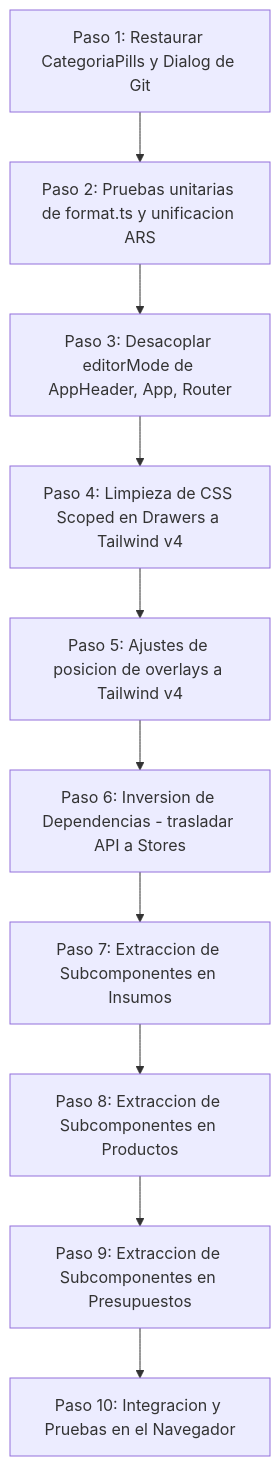
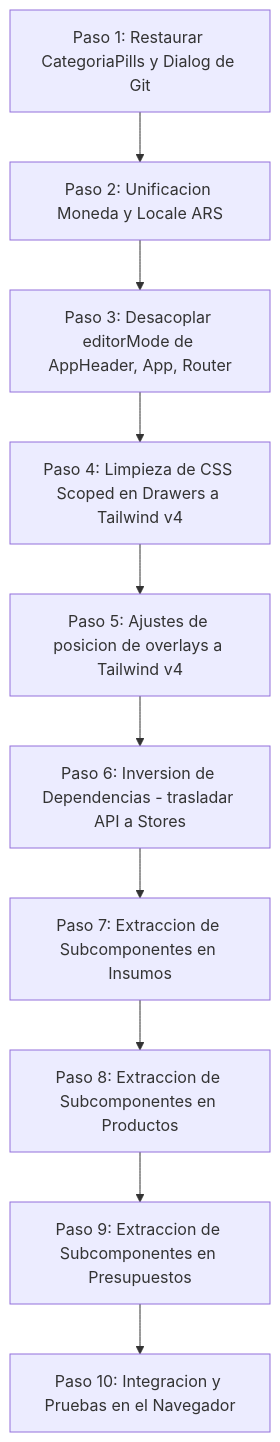
The diagram in docs/MVP/mvp correcciones/refactor_plan/Stage_2/00_Plan_Fix_Refactor.md (ishishko/presumemy), drawn with Mermaid before and after one commit. The commit also changed other lines of this file, not shown here.

````diff
--- a/docs/MVP/mvp correcciones/refactor_plan/Stage_2/00_Plan_Fix_Refactor.md
+++ b/docs/MVP/mvp correcciones/refactor_plan/Stage_2/00_Plan_Fix_Refactor.md
@@ -110,12 +104,12 @@
 ```mermaid
 graph TD
-    A[Paso 1: Restaurar CategoriaPills y Dialog de Git] --> B[Paso 2: Pruebas unitarias de format.ts y unificacion ARS]
+    A[Paso 1: Restaurar CategoriaPills y Dialog de Git] --> B[Paso 2: Unificacion Moneda y Locale ARS]
     B --> C[Paso 3: Desacoplar editorMode de AppHeader, App, Router]
     C --> D[Paso 4: Limpieza de CSS Scoped en Drawers a Tailwind v4]
     D --> E[Paso 5: Ajustes de posicion de overlays a Tailwind v4]
     E --> F[Paso 6: Inversion de Dependencias - trasladar API a Stores]
     F --> G[Paso 7: Extraccion de Subcomponentes en Insumos]
     G --> H[Paso 8: Extraccion de Subcomponentes en Productos]
     H --> I[Paso 9: Extraccion de Subcomponentes en Presupuestos]
     I --> J[Paso 10: Integracion y Pruebas en el Navegador]
 ```
````
